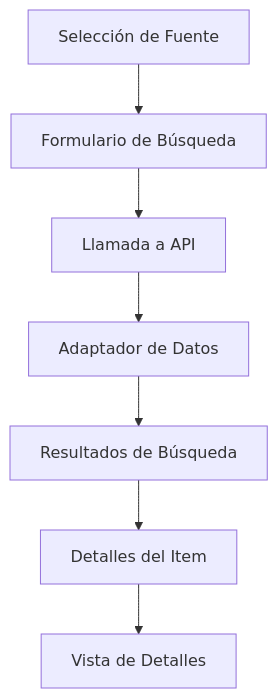
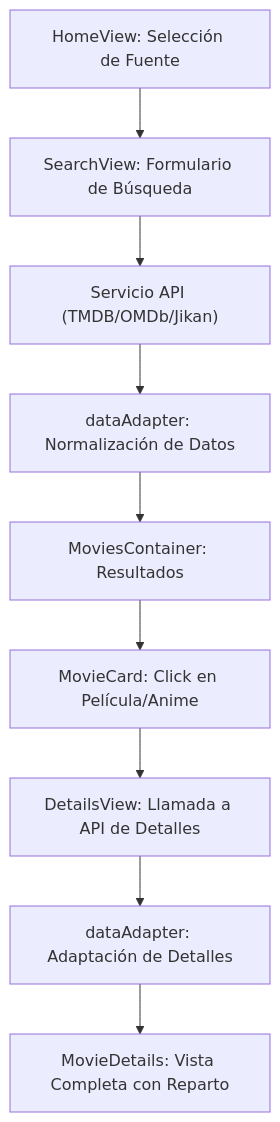
The diagram in README.md (SaKio1985/Buscador-peliculas), drawn with Mermaid before and after one commit. The commit also changed other lines of this file and 4 other files, not shown here.

````diff
--- a/README.md
+++ b/README.md
@@ -146,9 +189,11 @@
 ```mermaid
 graph TD
-    A[Selección de Fuente] --> B[Formulario de Búsqueda]
-    B --> C[Llamada a API]
-    C --> D[Adaptador de Datos]
-    D --> E[Resultados de Búsqueda]
-    E --> F[Detalles del Item]
-    F --> G[Vista de Detalles]
+    A["HomeView: Selección de Fuente"] --> B["SearchView: Formulario de Búsqueda"]
+    B --> C["Servicio API (TMDB/OMDb/Jikan)"]
+    C --> D["dataAdapter: Normalización de Datos"]
+    D --> E["MoviesContainer: Resultados"]
+    E --> F["MovieCard: Click en Película/Anime"]
+    F --> G["DetailsView: Llamada a API de Detalles"]
+    G --> H["dataAdapter: Adaptación de Detalles"]
+    H --> I["MovieDetails: Vista Completa con Reparto"]
 ```
````
